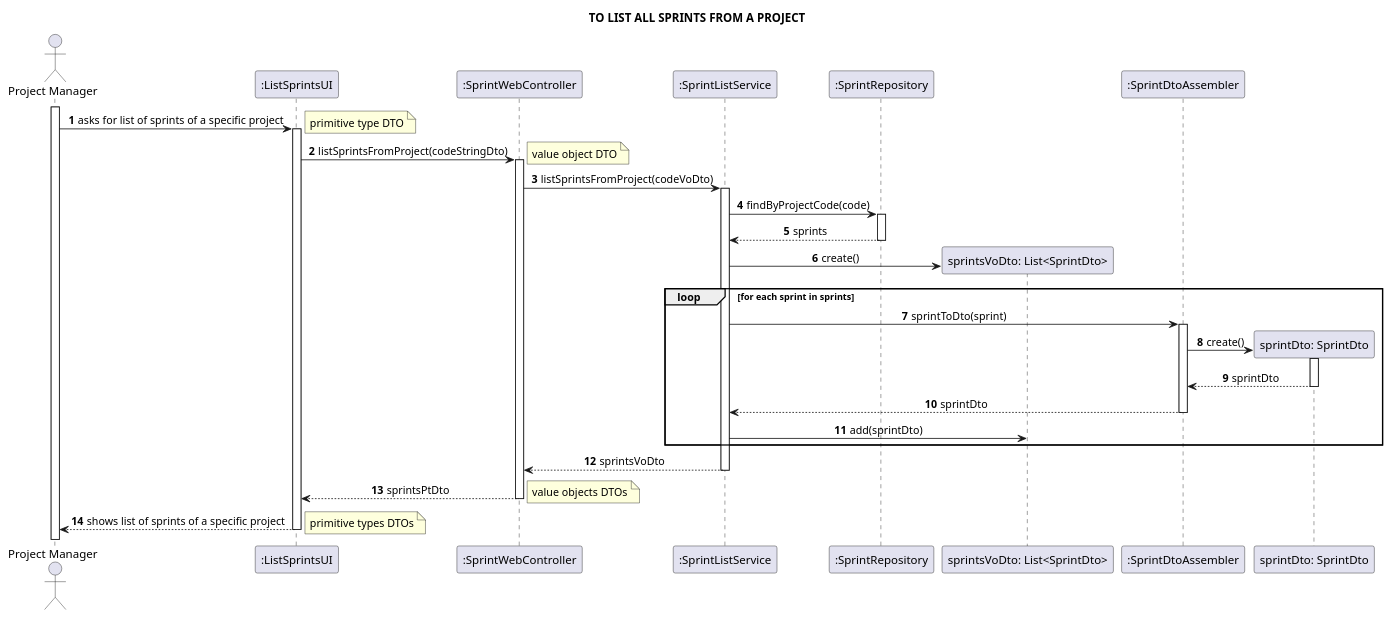
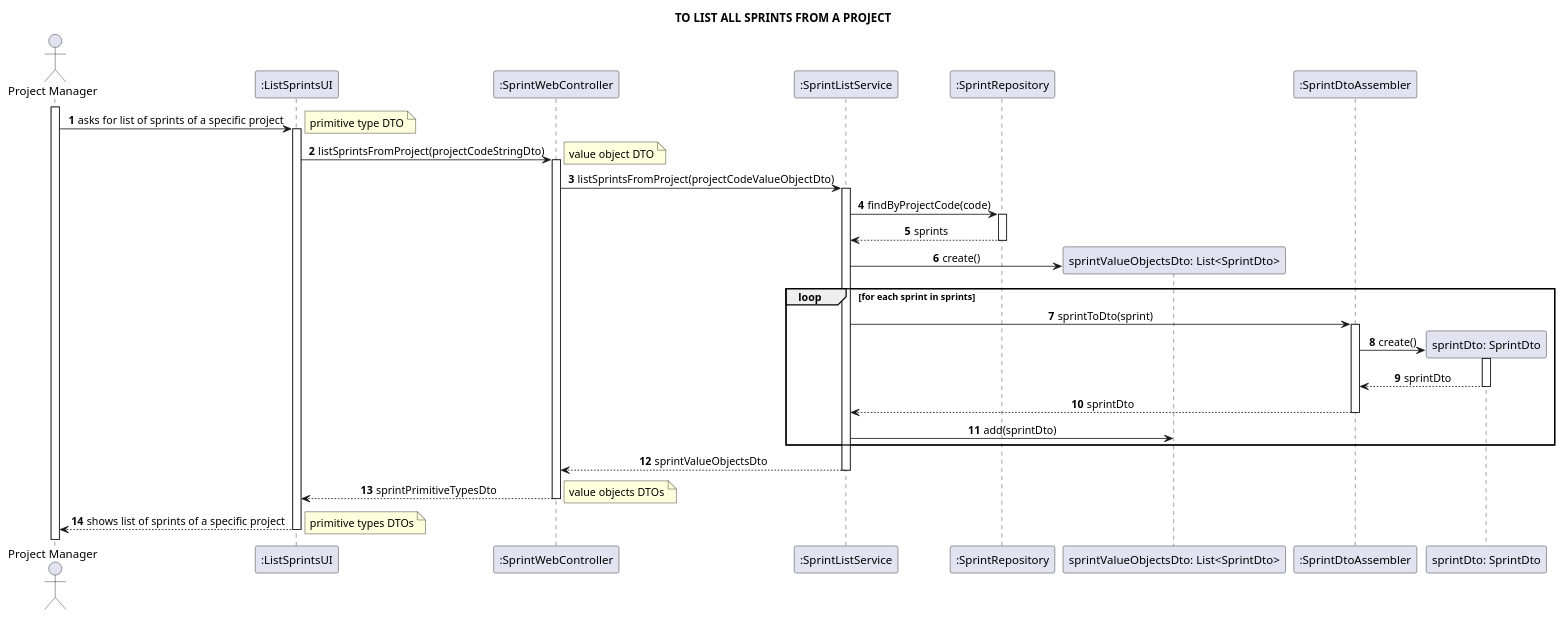
Before and after one commit to Loracline/project_switch_22-23: the diagram in docs/modelling_design/user_stories/reference_diagrams/listAllSprintsFromProject_sequenceDiagram_ddd.puml, drawn with PlantUML. The commit also changed 1 other file, not shown here.

Commit message:
US031: Design: Updated sequence and class diagrams for functionality of listing all sprints of a project. Closes #650.

```diff
--- a/docs/modelling_design/user_stories/reference_diagrams/listAllSprintsFromProject_sequenceDiagram_ddd.puml
+++ b/docs/modelling_design/user_stories/reference_diagrams/listAllSprintsFromProject_sequenceDiagram_ddd.puml
@@ -1,60 +1,60 @@
 @startuml
 
 skinparam sequenceMessageAlign center
 title TO LIST ALL SPRINTS FROM A PROJECT
 autonumber
 actor "Project Manager" as pm
 
 participant ":ListSprintsUI" as ui
 participant ":SprintWebController" as controller
 participant ":SprintListService" as service
 participant ":SprintRepository" as repository
-participant "sprintsVoDto: List<SprintDto>" as list
+participant "sprintValueObjectsDto: List<SprintDto>" as list
 participant ":SprintDtoAssembler" as assembler
 participant "sprintDto: SprintDto" as dto
 
 activate pm
 pm -> ui: asks for list of sprints of a specific project
 activate ui
 note right
 primitive type DTO
 end note
-ui -> controller: listSprintsFromProject(codeStringDto)
+ui -> controller: listSprintsFromProject(projectCodeStringDto)
 note right
 value object DTO
 end note
 activate controller
-controller -> service: listSprintsFromProject(codeVoDto)
+controller -> service: listSprintsFromProject(projectCodeValueObjectDto)
 activate service
 service -> repository: findByProjectCode(code)
 activate repository
 repository --> service: sprints
 deactivate repository
 create list
 service -> list: create()
 loop for each sprint in sprints
 service -> assembler: sprintToDto(sprint)
 activate assembler
 create dto
 assembler -> dto: create()
 activate dto
 dto --> assembler: sprintDto
 deactivate dto
 assembler --> service: sprintDto
 deactivate assembler
 service -> list: add(sprintDto)
 end loop
-service --> controller: sprintsVoDto
+service --> controller: sprintValueObjectsDto
 deactivate service
-ui <-- controller: sprintsPtDto
+ui <-- controller: sprintPrimitiveTypesDto
 note right
 value objects DTOs
 end note
 deactivate controller
 ui --> pm: shows list of sprints of a specific project
 note right
 primitive types DTOs
 end note
 deactivate ui
 
 @enduml
```
